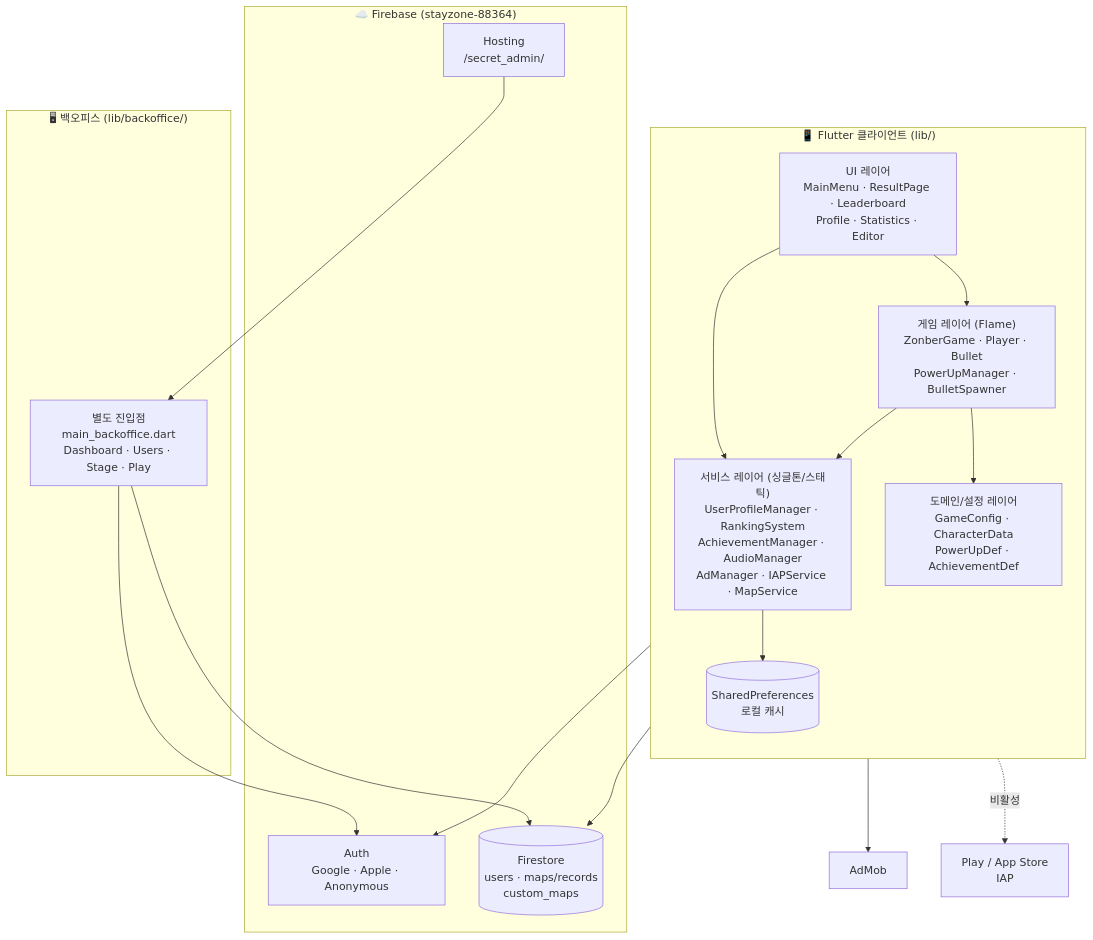
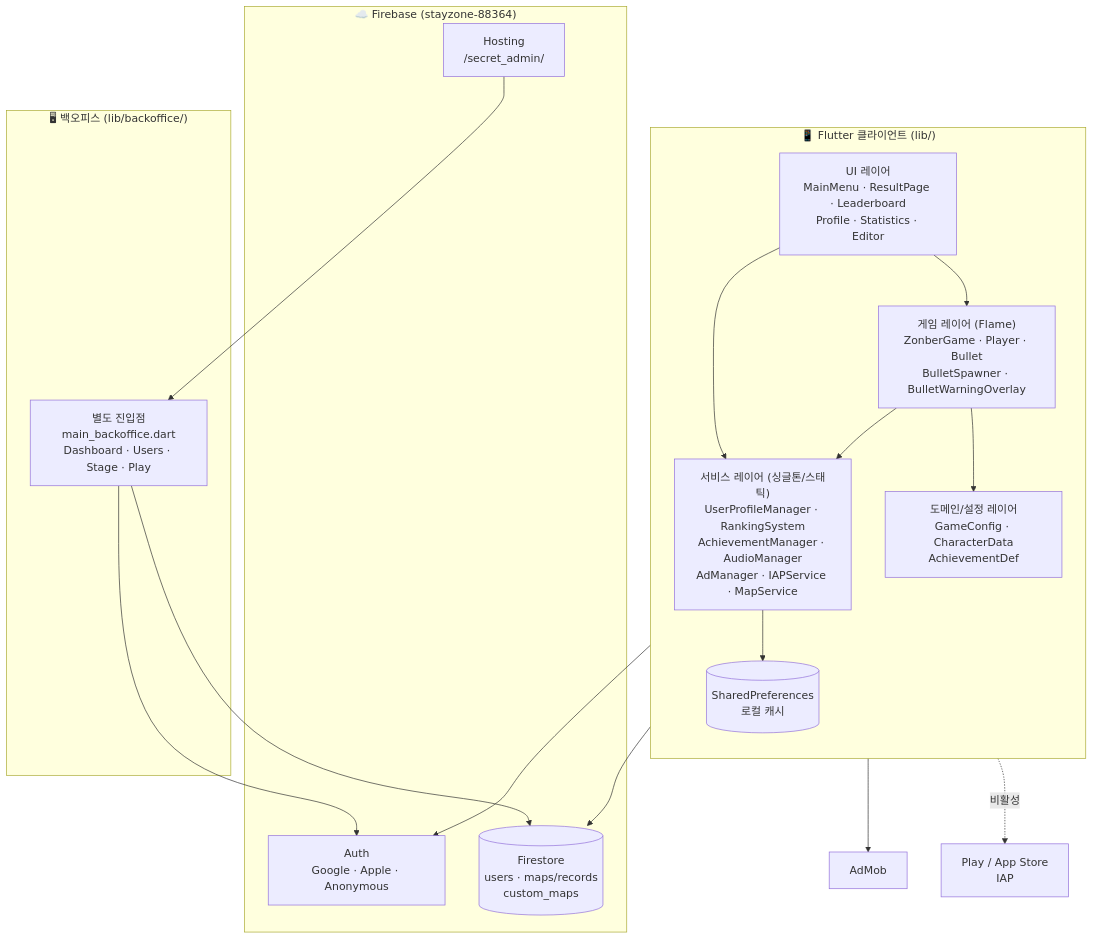
Before and after one commit to herokt/zonber: the first of 3 diagrams in ARCHITECTURE.md, drawn with Mermaid. The commit also changed other lines of this file and 185 other files, not shown here.

````diff
--- a/ARCHITECTURE.md
+++ b/ARCHITECTURE.md
@@ -45,37 +48,37 @@
 ```mermaid
 graph TB
     subgraph Client["📱 Flutter 클라이언트 (lib/)"]
         direction TB
         UI["UI 레이어<br/>MainMenu · ResultPage · Leaderboard<br/>Profile · Statistics · Editor"]
-        GAME["게임 레이어 (Flame)<br/>ZonberGame · Player · Bullet<br/>PowerUpManager · BulletSpawner"]
-        DOMAIN["도메인/설정 레이어<br/>GameConfig · CharacterData<br/>PowerUpDef · AchievementDef"]
+        GAME["게임 레이어 (Flame)<br/>ZonberGame · Player · Bullet<br/>BulletSpawner · BulletWarningOverlay"]
+        DOMAIN["도메인/설정 레이어<br/>GameConfig · CharacterData<br/>AchievementDef"]
         SVC["서비스 레이어 (싱글톤/스태틱)<br/>UserProfileManager · RankingSystem<br/>AchievementManager · AudioManager<br/>AdManager · IAPService · MapService"]
         LOCAL[("SharedPreferences<br/>로컬 캐시")]
     end
 
     subgraph BO["🖥 백오피스 (lib/backoffice/)"]
         BOAPP["별도 진입점<br/>main_backoffice.dart<br/>Dashboard · Users · Stage · Play"]
     end
 
     subgraph FB["☁️ Firebase (stayzone-88364)"]
         AUTH["Auth<br/>Google · Apple · Anonymous"]
         FS[("Firestore<br/>users · maps/records<br/>custom_maps")]
         HOST["Hosting<br/>/secret_admin/"]
     end
 
     ADMOB["AdMob"]
     STORE["Play / App Store<br/>IAP"]
 
     UI --> GAME
     UI --> SVC
     GAME --> DOMAIN
     GAME --> SVC
     SVC --> LOCAL
     SVC --> AUTH
     SVC --> FS
     SVC --> ADMOB
     SVC -.비활성.-> STORE
     BOAPP --> FS
     BOAPP --> AUTH
     HOST --> BOAPP
 ```
````
